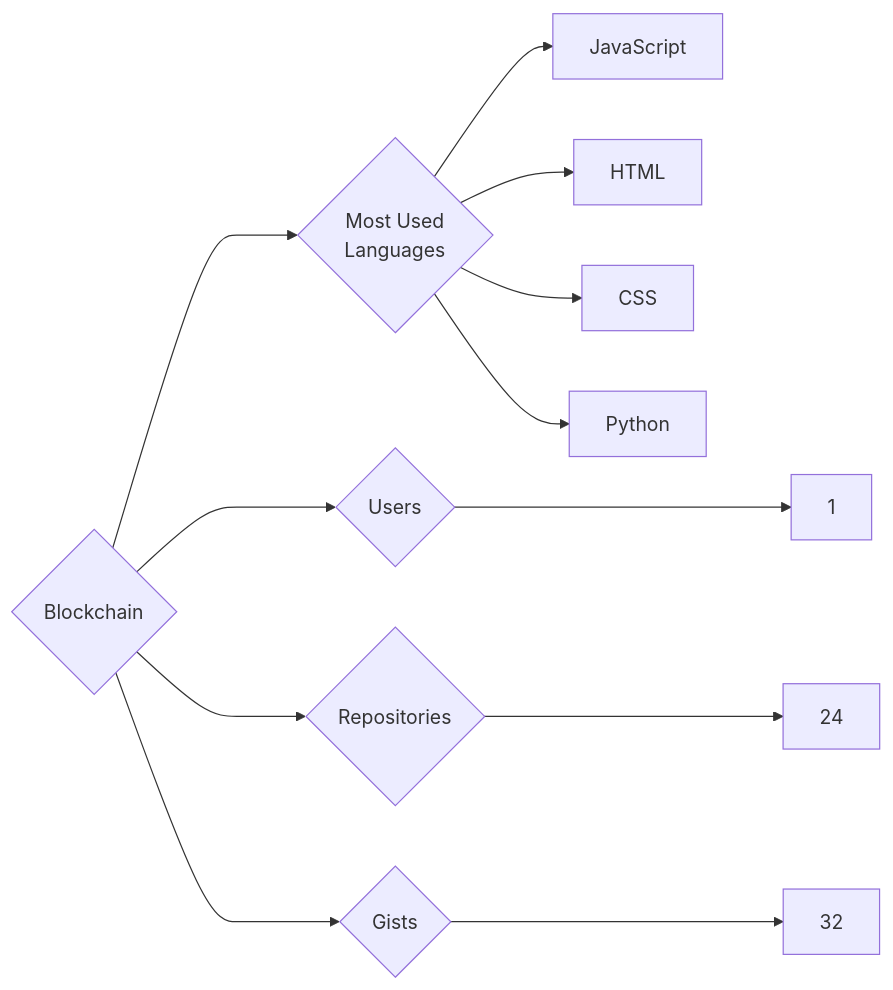
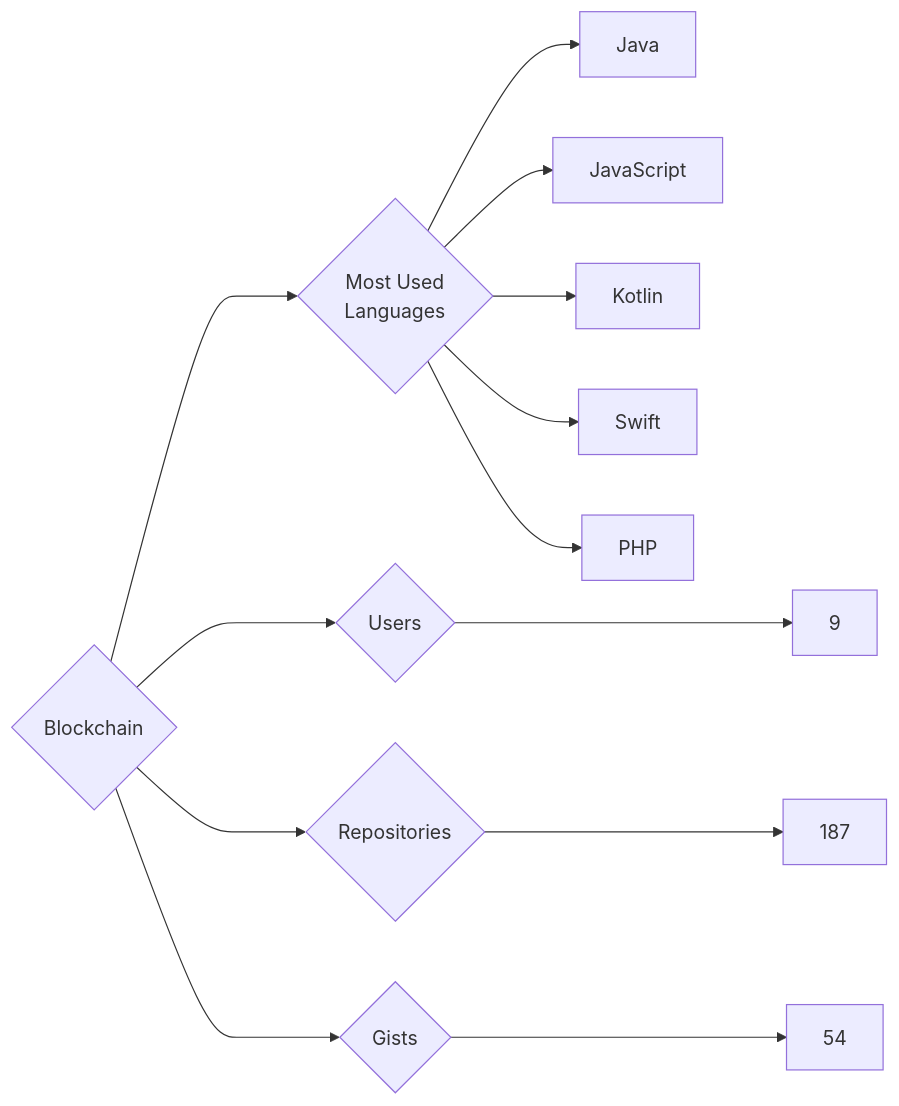
One commit to trickest/insiders changed the diagram in targets/Blockchain/README.md. Above: the diagram before and after it, drawn with Mermaid. The commit also changed 823 other files, not shown here.

````diff
--- a/targets/Blockchain/README.md
+++ b/targets/Blockchain/README.md
@@ -3,12 +3,13 @@
 ```mermaid
 graph LR
 COMPANY_NAME{Blockchain}
-COMPANY_NAME ---> U{Users} ---> UN[1]
-COMPANY_NAME ---> R{Repositories} ---> RN[24]
-COMPANY_NAME ---> G{Gists} ---> GN[32]
+COMPANY_NAME ---> U{Users} ---> UN[9]
+COMPANY_NAME ---> R{Repositories} ---> RN[187]
+COMPANY_NAME ---> G{Gists} ---> GN[54]
 COMPANY_NAME ---> ML{Most Used<br>Languages}
+ML --> Java[Java]
 ML --> JavaScript[JavaScript]
-ML --> HTML[HTML]
-ML --> CSS[CSS]
-ML --> Python[Python]
+ML --> Kotlin[Kotlin]
+ML --> Swift[Swift]
+ML --> PHP[PHP]
 ```
````
